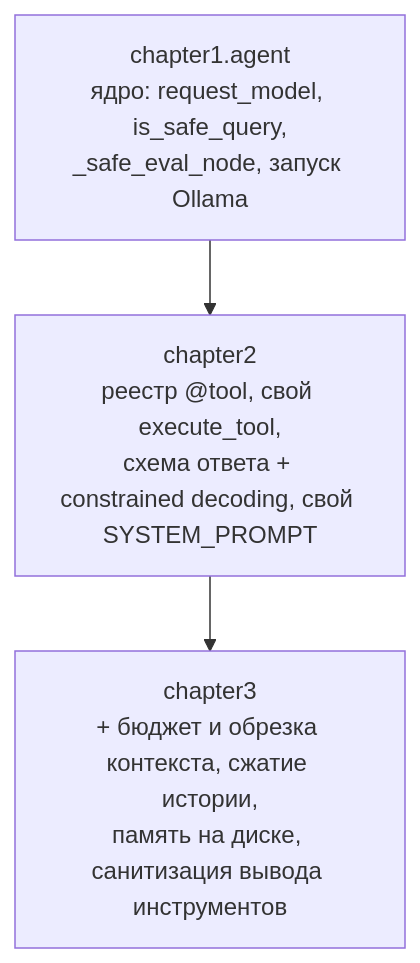
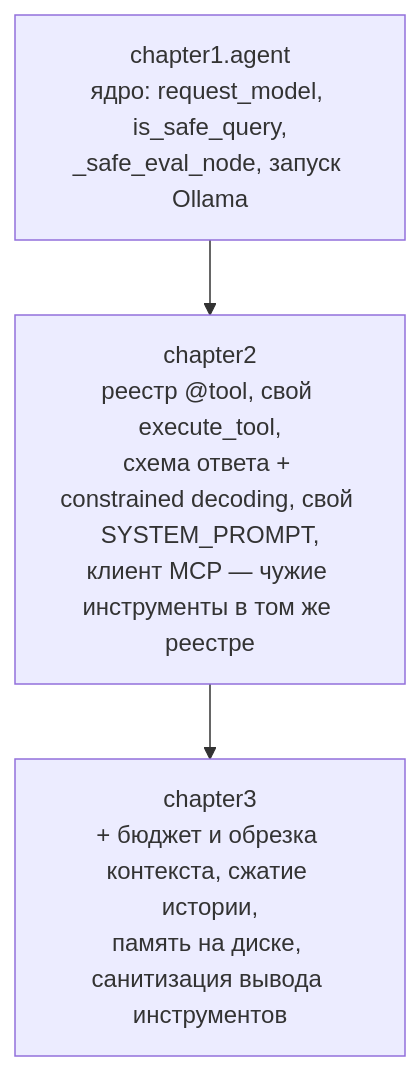
One commit to io982/firstAgent changed the diagram in README.md. Above: the diagram before and after it, drawn with Mermaid. The commit also changed other lines of this file and 6 other files, not shown here.

````diff
--- a/README.md
+++ b/README.md
@@ -354,6 +357,6 @@
 ```mermaid
 graph TD
     Base["chapter1.agent<br/>ядро: request_model, is_safe_query,<br/>_safe_eval_node, запуск Ollama"]
-    Base --> Ch2["chapter2<br/>реестр @tool, свой execute_tool,<br/>схема ответа + constrained decoding, свой SYSTEM_PROMPT"]
+    Base --> Ch2["chapter2<br/>реестр @tool, свой execute_tool,<br/>схема ответа + constrained decoding, свой SYSTEM_PROMPT,<br/>клиент MCP — чужие инструменты в том же реестре"]
     Ch2 --> Ch3["chapter3<br/>+ бюджет и обрезка контекста, сжатие истории,<br/>память на диске, санитизация вывода инструментов"]
 ```
````
